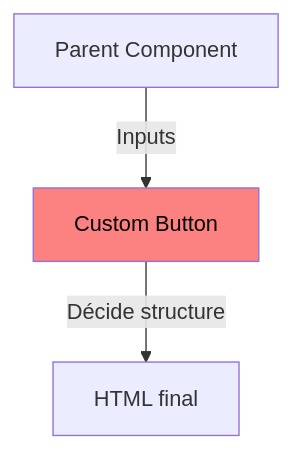
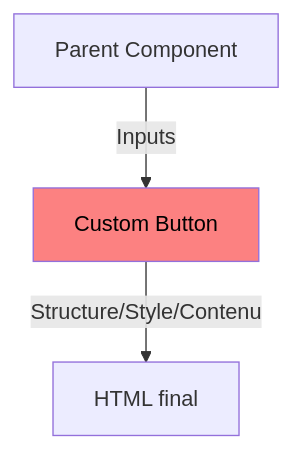
The third of 4 diagrams in slides.md (sebastienbruno/slidev-content-projection), drawn with Mermaid before and after one commit. The commit also changed other lines of this file and 1 other file, not shown here.

````diff
--- a/slides.md
+++ b/slides.md
@@ -459,7 +459,7 @@
 ```mermaid
 graph TD
     A[Parent Component] -->|Inputs| B[Custom Button]
-    B -->|Décide structure| C[HTML final]
+    B -->|Structure/Style/Contenu| C[HTML final]
 
     style B fill:#fc8181,color:#000
 ```
````
